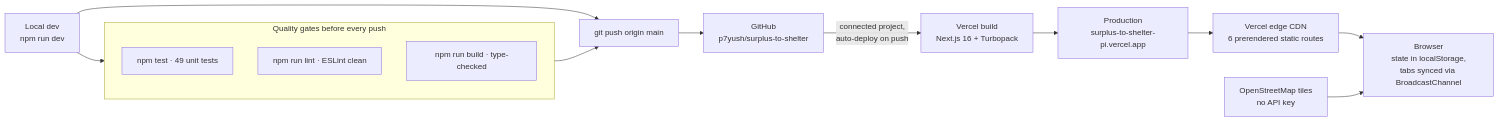
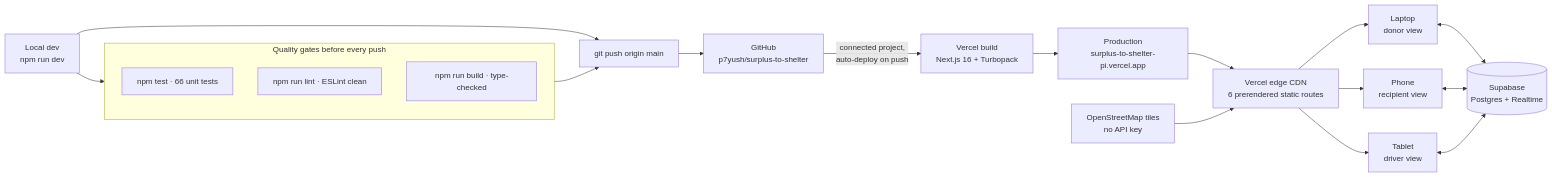
One commit to p7yush/surplus-to-shelter changed the sixth of 6 diagrams in docs/ARCHITECTURE.md. Above: the diagram before and after it, drawn with Mermaid. The commit also changed other lines of this file and 5 other files, not shown here.

First line of the commit message:
Fix shelter hour columns to store minutes, guard seed against schema drift

````diff
--- a/docs/ARCHITECTURE.md
+++ b/docs/ARCHITECTURE.md
@@ -262,19 +283,24 @@
 ```mermaid
 flowchart LR
     DEV["Local dev<br/>npm run dev"] --> GIT["git push origin main"]
     GIT --> GH["GitHub<br/>p7yush/surplus-to-shelter"]
     GH -->|"connected project,<br/>auto-deploy on push"| VC["Vercel build<br/>Next.js 16 + Turbopack"]
     VC --> PROD["Production<br/>surplus-to-shelter-pi.vercel.app"]
     PROD --> CDN["Vercel edge CDN<br/>6 prerendered static routes"]
-    CDN --> USER["Browser<br/>state in localStorage,<br/>tabs synced via BroadcastChannel"]
-    OSM["OpenStreetMap tiles<br/>no API key"] --> USER
+    CDN --> B1["Laptop<br/>donor view"]
+    CDN --> B2["Phone<br/>recipient view"]
+    CDN --> B3["Tablet<br/>driver view"]
+    B1 <--> SB[("Supabase<br/>Postgres + Realtime")]
+    B2 <--> SB
+    B3 <--> SB
+    OSM["OpenStreetMap tiles<br/>no API key"] --> CDN
 
     subgraph gates["Quality gates before every push"]
         direction TB
-        T1["npm test · 49 unit tests"]
+        T1["npm test · 66 unit tests"]
         T2["npm run lint · ESLint clean"]
         T3["npm run build · type-checked"]
     end
     DEV --> gates
     gates --> GIT
 ```
````
